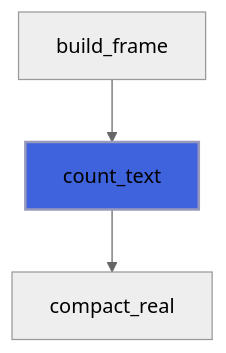
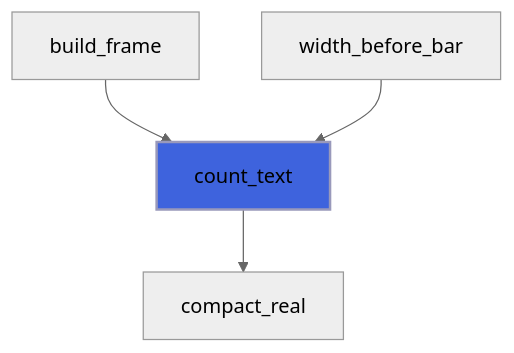
One commit to szaghi/forbear changed diagram 22 of 30 in docs/api/src/lib/forbear_bar_object.md. Above: the diagram before and after it, drawn with Mermaid (neutral theme). The commit also changed other lines of this file and 51 other files, not shown here.

````diff
--- a/docs/api/src/lib/forbear_bar_object.md
+++ b/docs/api/src/lib/forbear_bar_object.md
@@ -514,6 +796,7 @@
 ```mermaid
 flowchart TD
   build_frame["build_frame"] --> count_text["count_text"]
+  width_before_bar["width_before_bar"] --> count_text["count_text"]
   count_text["count_text"] --> compact_real["compact_real"]
   style count_text fill:#3e63dd,stroke:#99b,stroke-width:2px
 ```
````
